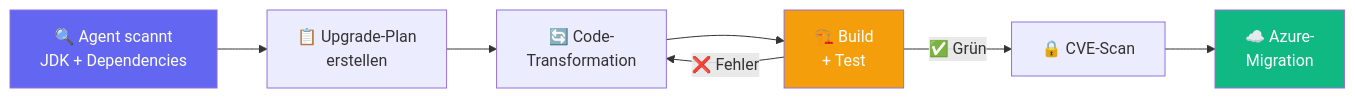
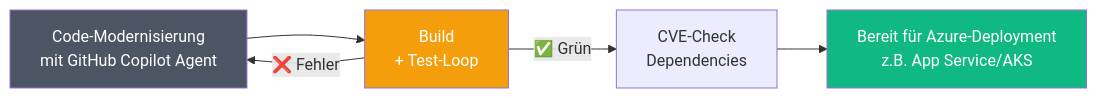
One commit to harrybin/presentations changed the second of 2 diagrams in special-slides/aiops-Mainteance-mit-KI/legacy-modernization.md. Above: the diagram before and after it, drawn with Mermaid. The commit also changed other lines of this file, not shown here.

````diff
--- a/special-slides/aiops-Mainteance-mit-KI/legacy-modernization.md
+++ b/special-slides/aiops-Mainteance-mit-KI/legacy-modernization.md
@@ -73,13 +93,11 @@
 ```mermaid {scale: 0.6}
 graph LR
-    A[🔍 Agent scannt<br/>JDK + Dependencies] --> B[📋 Upgrade-Plan<br/>erstellen]
-    B --> C[🔄 Code-<br/>Transformation]
-    C --> D[🏗️ Build<br/>+ Test]
+    C[Code-Modernisierung<br/>mit GitHub Copilot Agent] --> D[Build<br/>+ Test-Loop]
     D -->|❌ Fehler| C
-    D -->|✅ Grün| E[🔒 CVE-Scan]
-    E --> F[☁️ Azure-<br/>Migration]
+    D -->|✅ Grün| E[CVE-Check<br/>Dependencies]
+    E --> F[Bereit für Azure-Deployment<br/>z.B. App Service/AKS]
 
-    style A fill:#6366f1,color:#fff
+    style C fill:#4b5563,color:#fff
     style D fill:#f59e0b,color:#fff
     style F fill:#10b981,color:#fff
 ```
````
